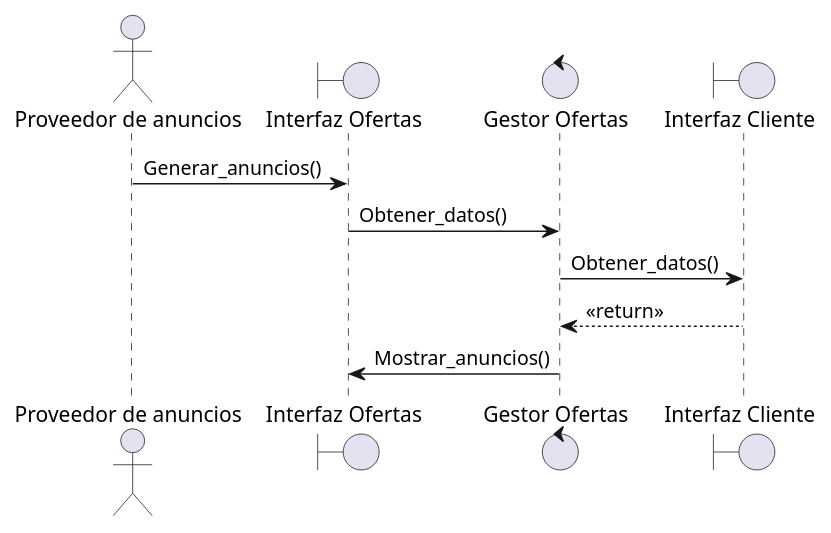
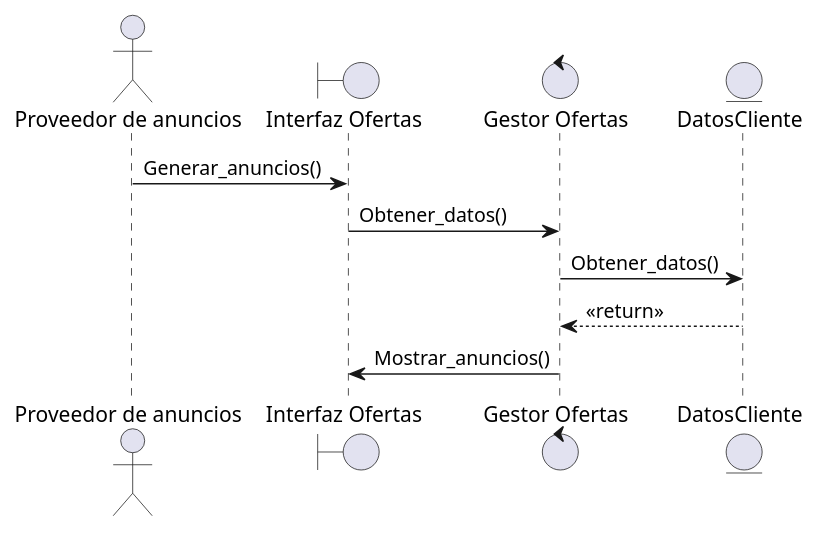
The diagram in others/working-documents/sprint-4/umls/proveer_anuncios.plantuml (Ashwrai/Documentation_practice), drawn with PlantUML before and after one commit. The commit also changed 2 other files, not shown here.

```diff
--- a/others/working-documents/sprint-4/umls/proveer_anuncios.plantuml
+++ b/others/working-documents/sprint-4/umls/proveer_anuncios.plantuml
@@ -1,14 +1,14 @@
 @startuml
 
 actor "Proveedor de anuncios"
 boundary "Interfaz Ofertas"
 control "Gestor Ofertas"
-boundary "Interfaz Cliente"
+entity DatosCliente
 
 "Proveedor de anuncios" -> "Interfaz Ofertas": Generar_anuncios()
 "Interfaz Ofertas" -> "Gestor Ofertas": Obtener_datos()
-"Gestor Ofertas" -> "Interfaz Cliente": Obtener_datos()
-"Interfaz Cliente" --> "Gestor Ofertas": <<return>>
+"Gestor Ofertas" -> DatosCliente: Obtener_datos()
+DatosCliente --> "Gestor Ofertas": <<return>>
 "Gestor Ofertas" -> "Interfaz Ofertas": Mostrar_anuncios()
 
 @enduml
```
